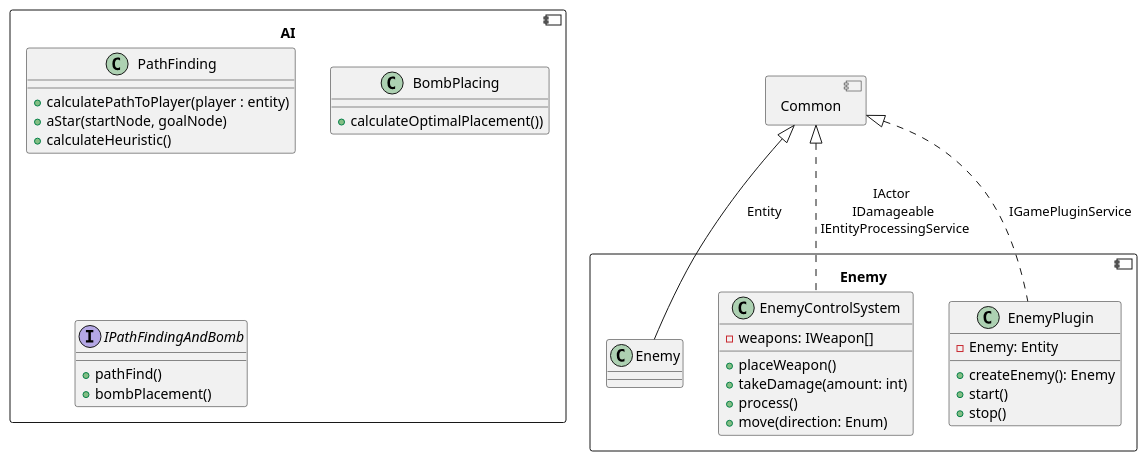
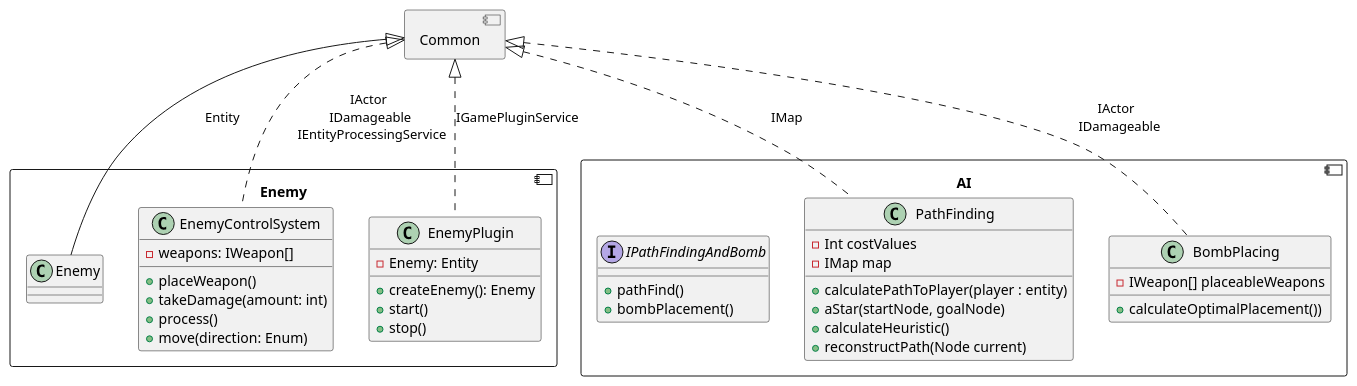
Before and after one commit to TidosDK/boom-battle: the diagram in Documentation/enemy_design.puml, drawn with PlantUML.

Commit message:
Finished Enemy AI design diagram

```diff
--- a/Documentation/enemy_design.puml
+++ b/Documentation/enemy_design.puml
@@ -1,50 +1,58 @@
 @startuml
 component Common {
 }
 
 component Enemy {
     class Enemy {
     }
 
     class EnemyControlSystem {
     - weapons: IWeapon[]
     + placeWeapon()
     + takeDamage(amount: int)
     + process()
     + move(direction: Enum)
     }
 
     class EnemyPlugin {
     - Enemy: Entity
     + createEnemy(): Enemy
     + start()
     + stop()
     }
 
 
     skinparam SequenceMessageAlign center
     Common <|-- Enemy.Enemy: Entity
     Common <|.. Enemy.EnemyControlSystem: IActor \n IDamageable \n IEntityProcessingService
     Common <|.. Enemy.EnemyPlugin: IGamePluginService
 }
 
 component AI{
     class PathFinding{
+    - Int costValues
+    - IMap map
     + calculatePathToPlayer(player : entity)
     'maybe Greedy Best-First Search
     + aStar(startNode, goalNode)
     + calculateHeuristic()
+    + reconstructPath(Node current)
     }
 
     class BombPlacing {
+    - IWeapon[] placeableWeapons
     + calculateOptimalPlacement())
     }
 
     interface IPathFindingAndBomb{
     + pathFind()
     + bombPlacement()
     }
+     skinparam SequenceMessageAlign center
+
+        Common <|.. AI.BombPlacing: IActor \n IDamageable 
+        Common <|.. AI.PathFinding: IMap
 }
 
 
 @enduml
```
